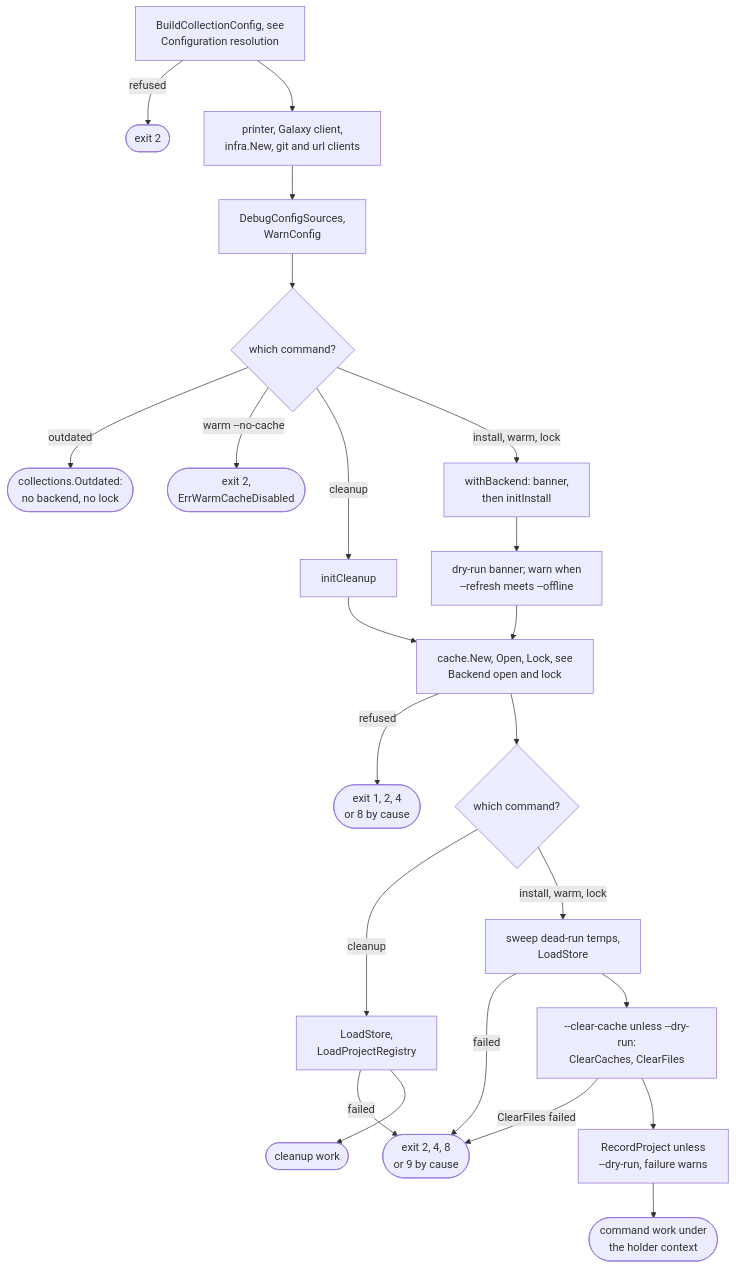
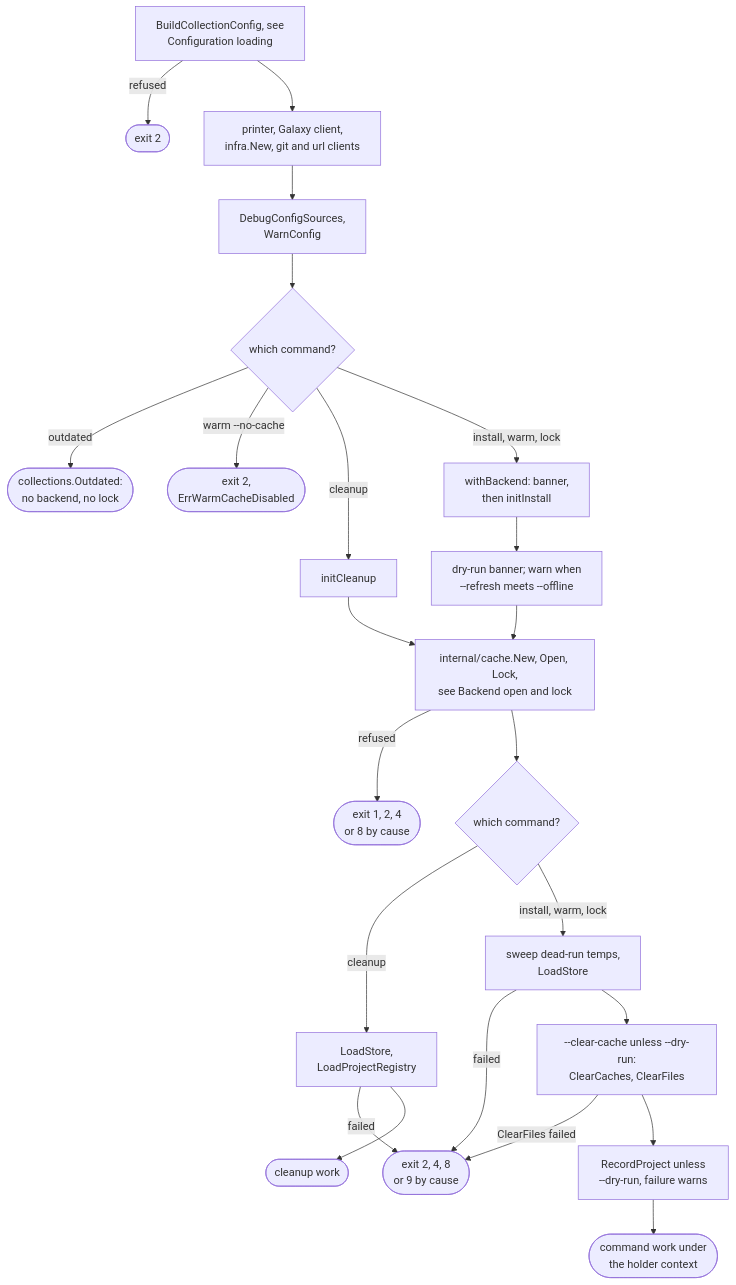
One commit to greeddj/go-galaxy changed the third of 4 diagrams in docs/internals/commands.md. Above: the diagram before and after it, drawn with Mermaid. The commit also changed other lines of this file and 36 other files, not shown here.

````diff
--- a/docs/internals/commands.md
+++ b/docs/internals/commands.md
@@ -114,25 +125,25 @@
 ```mermaid
 flowchart TD
-  C1["BuildCollectionConfig, see<br/>Configuration resolution"] -->|"refused"| XC(["exit 2"])
+  C1["BuildCollectionConfig, see<br/>Configuration loading"] -->|"refused"| XC(["exit 2"])
   C1 --> C2["printer, Galaxy client,<br/>infra.New, git and url clients"]
   C2 --> C3["DebugConfigSources,<br/>WarnConfig"]
   C3 --> C4{"which command?"}
   C4 -->|"outdated"| XOD(["collections.Outdated:<br/>no backend, no lock"])
   C4 -->|"warm --no-cache"| XW(["exit 2,<br/>ErrWarmCacheDisabled"])
   C4 -->|"cleanup"| C5["initCleanup"]
   C4 -->|"install, warm, lock"| C6["withBackend: banner,<br/>then initInstall"]
   C6 --> C7["dry-run banner; warn when<br/>--refresh meets --offline"]
-  C7 --> C8["cache.New, Open, Lock, see<br/>Backend open and lock"]
+  C7 --> C8["internal/cache.New, Open, Lock,<br/>see Backend open and lock"]
   C5 --> C8
   C8 -->|"refused"| XB(["exit 1, 2, 4<br/>or 8 by cause"])
   C8 --> C9{"which command?"}
   C9 -->|"cleanup"| C10["LoadStore,<br/>LoadProjectRegistry"]
   C9 -->|"install, warm, lock"| C11["sweep dead-run temps,<br/>LoadStore"]
   C10 -->|"failed"| XP(["exit 2, 4, 8<br/>or 9 by cause"])
   C11 -->|"failed"| XP
   C11 --> C12["--clear-cache unless --dry-run:<br/>ClearCaches, ClearFiles"]
   C12 -->|"ClearFiles failed"| XP
   C12 --> C13["RecordProject unless<br/>--dry-run, failure warns"]
   C13 --> XI(["command work under<br/>the holder context"])
   C10 --> XCL(["cleanup work"])
 ```
````
